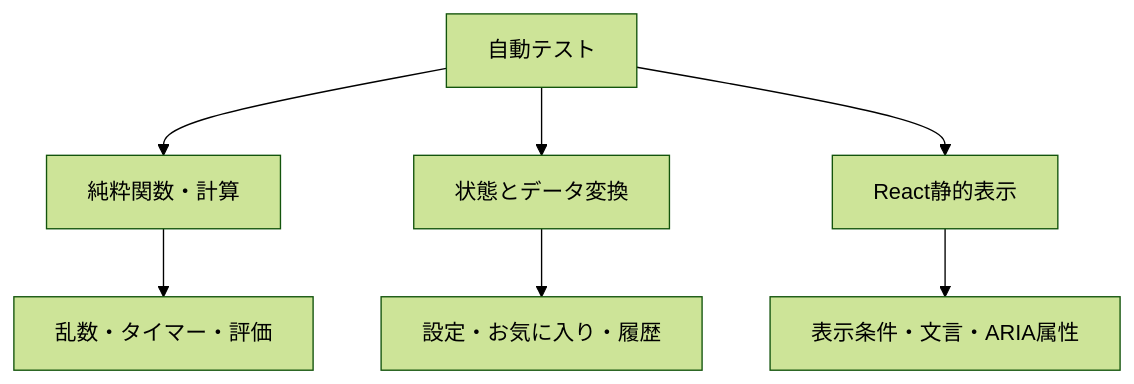
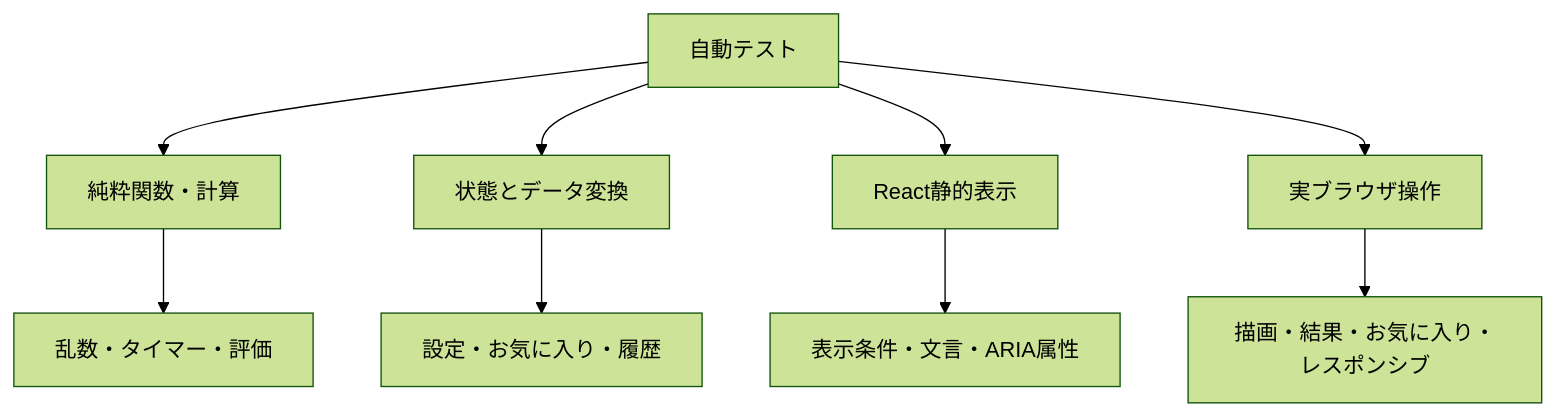
Before and after one commit to rikuru-sys/SolidDrawing: the first of 2 diagrams in docs/TESTING.md, drawn with Mermaid (forest theme). The commit also changed other lines of this file and 11 other files, not shown here.

````diff
--- a/docs/TESTING.md
+++ b/docs/TESTING.md
@@ -32,9 +38,11 @@
 ```mermaid
 flowchart TD
     Tests[自動テスト] --> Unit[純粋関数・計算]
     Tests --> State[状態とデータ変換]
     Tests --> UI[React静的表示]
+    Tests --> E2E[実ブラウザ操作]
     Unit --> Random[乱数・タイマー・評価]
     State --> Storage[設定・お気に入り・履歴]
     UI --> Markup[表示条件・文言・ARIA属性]
+    E2E --> Flow[描画・結果・お気に入り・レスポンシブ]
 ```
````
